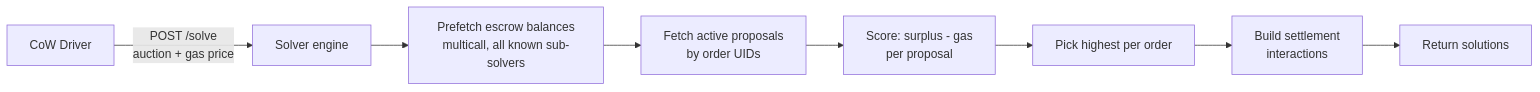
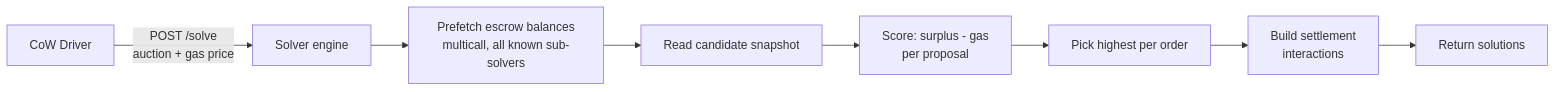
Before and after one commit to bleu/byos-docs: the second of 3 diagrams in service.md, drawn with Mermaid. The commit also changed other lines of this file and 2 other files, not shown here.

````diff
--- a/service.md
+++ b/service.md
@@ -40,10 +38,10 @@
 ```mermaid
 flowchart LR
     D[CoW Driver] -->|POST /solve<br/>auction + gas price| E[Solver engine]
     E --> P[Prefetch escrow balances\nmulticall, all known sub-solvers]
-    P --> F[Fetch active proposals\nby order UIDs]
+    P --> F[Read candidate snapshot]
     F --> S[Score: surplus - gas\nper proposal]
     S --> W[Pick highest per order]
     W --> C[Build settlement\ninteractions]
     C --> R[Return solutions]
 ```
````
